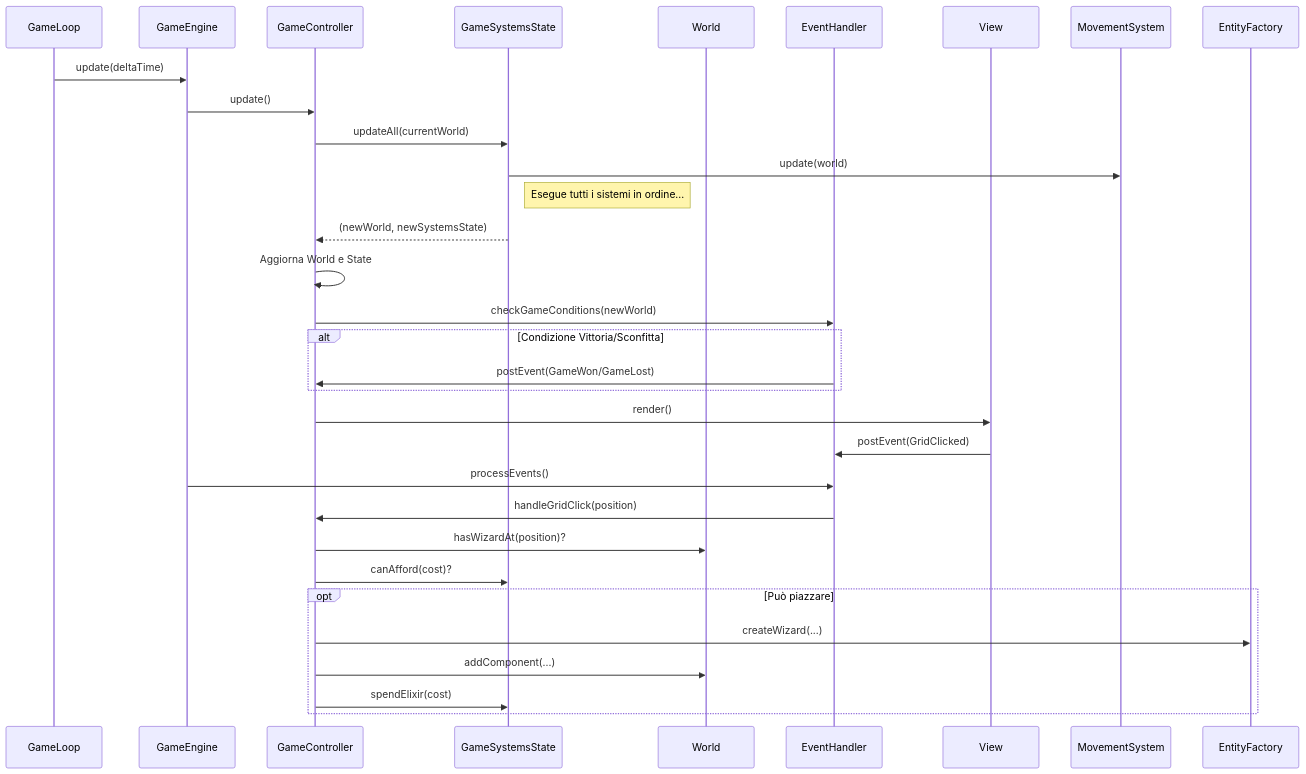
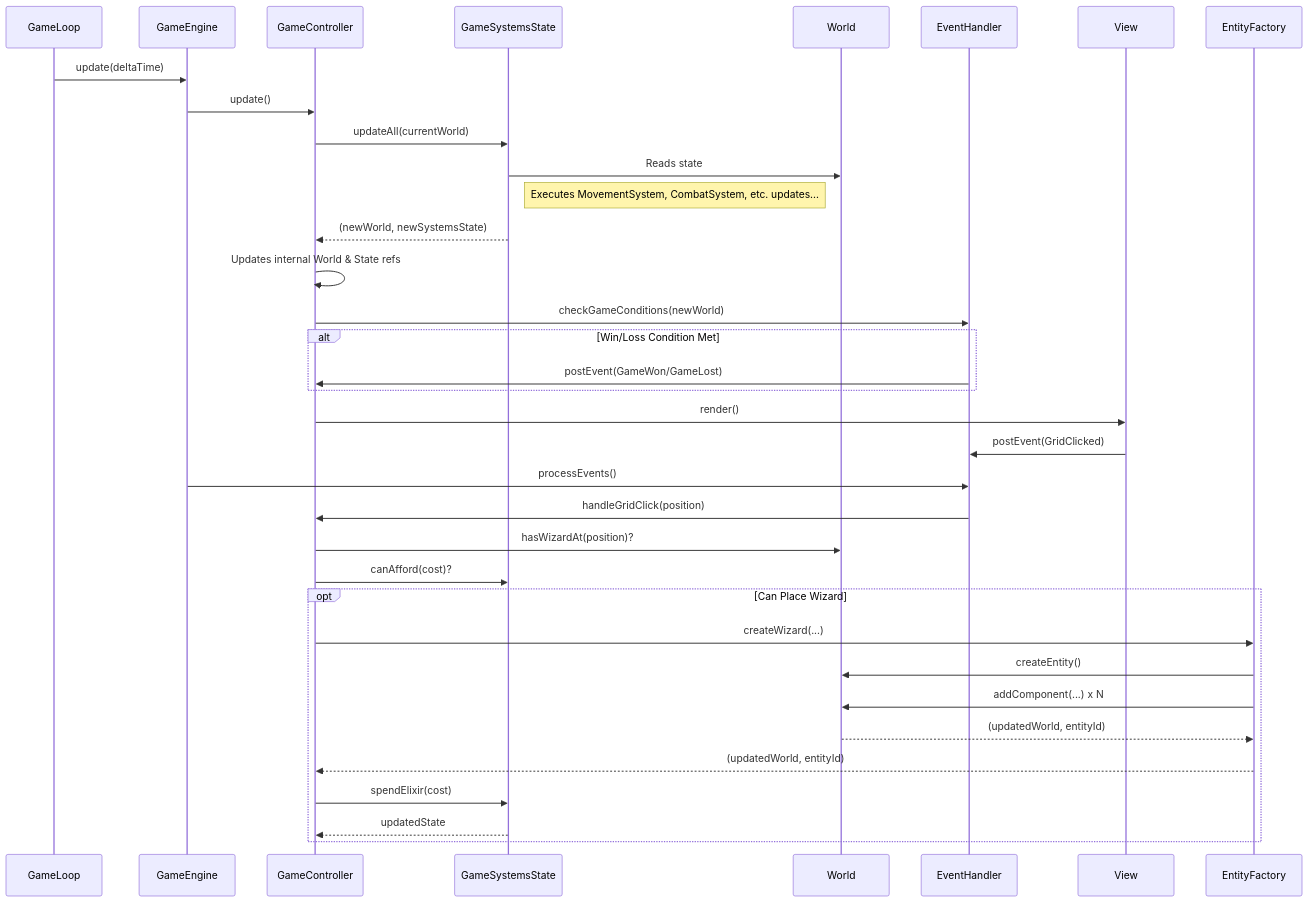
One commit to giacomofoschii/PPS-24-WvT changed the seventh of 7 diagrams in docs/report/4-Design_di_dettaglio.md. Above: the diagram before and after it, drawn with Mermaid. The commit also changed other lines of this file, not shown here.

Commit message:
[DOC] Refactor class diagram and sequence diagram for improved clarity and structure

````diff
--- a/docs/report/4-Design_di_dettaglio.md
+++ b/docs/report/4-Design_di_dettaglio.md
@@ -449,34 +403,39 @@
 ```mermaid
 sequenceDiagram
-    participant GameLoop
-    participant GameEngine
-    participant GameController
-    participant GameSystemsState
-    participant World
-    participant EventHandler
-    participant View
+    participant GL as GameLoop
+    participant GE as GameEngine
+    participant GC as GameController
+    participant GSS as GameSystemsState
+    participant W as World
+    participant EH as EventHandler
+    participant V as View
+    participant EF as EntityFactory
 
-    GameLoop->>GameEngine: update(deltaTime)
-    GameEngine->>GameController: update()
-    GameController->>GameSystemsState: updateAll(currentWorld)
-    GameSystemsState->>MovementSystem: update(world)
-    Note right of GameSystemsState: Esegue tutti i sistemi in ordine...
-    GameSystemsState-->>GameController: (newWorld, newSystemsState)
-    GameController->>GameController: Aggiorna World e State
-    GameController->>EventHandler: checkGameConditions(newWorld)
-    alt Condizione Vittoria/Sconfitta
-        EventHandler->>GameController: postEvent(GameWon/GameLost)
+    GL->>GE: update(deltaTime)
+    GE->>GC: update()
+    GC->>GSS: updateAll(currentWorld)
+    GSS->>W: Reads state
+    Note right of GSS: Executes MovementSystem, CombatSystem, etc. updates...
+    GSS-->>GC: (newWorld, newSystemsState)
+    GC->>GC: Updates internal World & State refs
+    GC->>EH: checkGameConditions(newWorld)
+    alt Win/Loss Condition Met
+        EH->>GC: postEvent(GameWon/GameLost)
     end
-    GameController->>View: render()
+    GC->>V: render()
 
-    View->>EventHandler: postEvent(GridClicked)
-    GameEngine->>EventHandler: processEvents()
-    EventHandler->>GameController: handleGridClick(position)
-    GameController->>World: hasWizardAt(position)?
-    GameController->>GameSystemsState: canAfford(cost)?
-    opt Può piazzare
-        GameController->>EntityFactory: createWizard(...)
-        GameController->>World: addComponent(...)
-        GameController->>GameSystemsState: spendElixir(cost)
+    V->>EH: postEvent(GridClicked)
+    GE->>EH: processEvents()
+    EH->>GC: handleGridClick(position)
+    GC->>W: hasWizardAt(position)?
+    GC->>GSS: canAfford(cost)?
+    opt Can Place Wizard
+        GC->>EF: createWizard(...)
+        EF->>W: createEntity()
+        EF->>W: addComponent(...) x N
+        W-->>EF: (updatedWorld, entityId)
+        EF-->>GC: (updatedWorld, entityId)
+        GC->>GSS: spendElixir(cost)
+        GSS-->>GC: updatedState
     end
 ```
````
